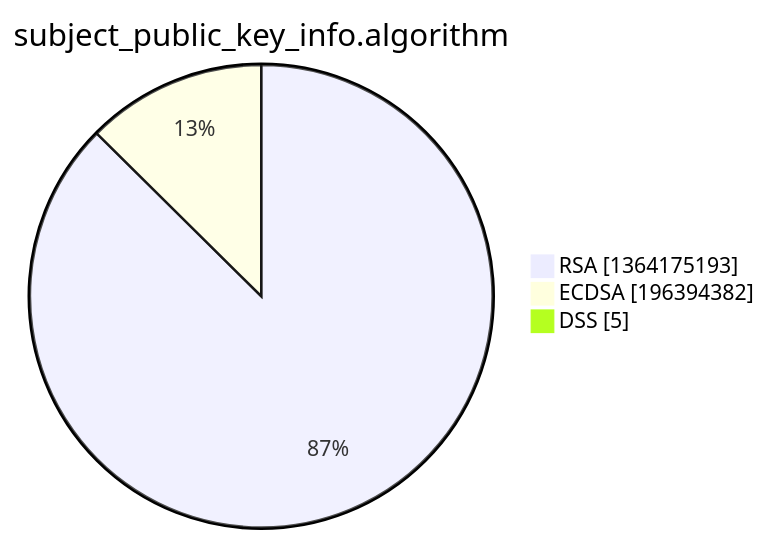
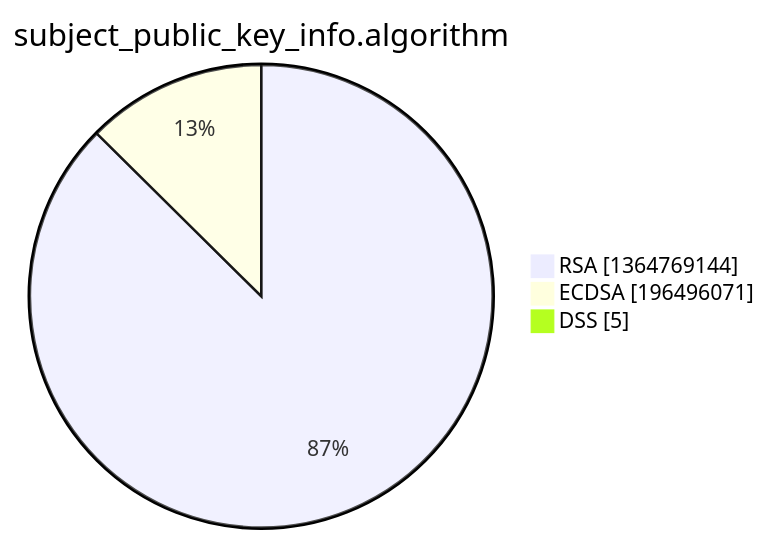
Before and after one commit to christiankrug/ctmonitor_visualization: the third of 15 diagrams in xenon2022/README.md, drawn with Mermaid. The commit also changed other lines of this file, not shown here.

````diff
--- a/xenon2022/README.md
+++ b/xenon2022/README.md
@@ -14,7 +14,7 @@
 ```mermaid
 pie showData
 title subject_public_key_info.algorithm
-"RSA" :1364175193
-"ECDSA" :196394382
+"RSA" :1364769144
+"ECDSA" :196496071
 "DSS" :5
 ```
````
